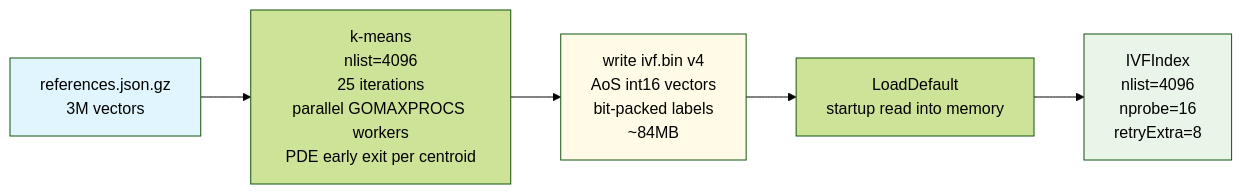
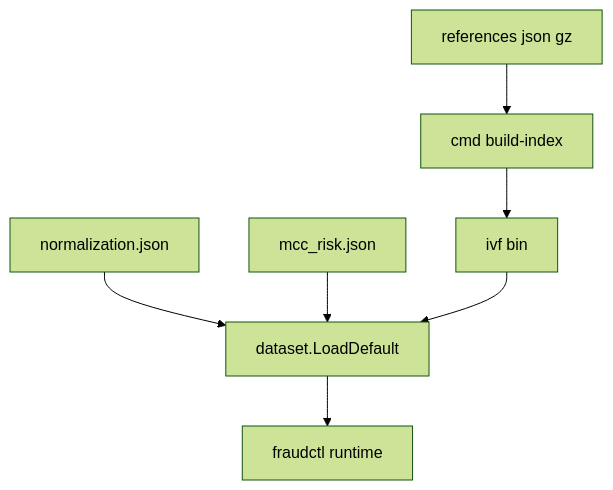
The third of 3 diagrams in docs/ARCHITECTURE.md (fabianoflorentino/fraudctl), drawn with Mermaid (forest theme) before and after one commit. The commit also changed other lines of this file and 5 other files, not shown here.

Commit message:
docs: align API and detection docs with current runtime

````diff
--- a/docs/ARCHITECTURE.md
+++ b/docs/ARCHITECTURE.md
@@ -52,11 +137,9 @@
 ```mermaid
-flowchart LR
-    G[references.json.gz\n3M vectors] --> KM[k-means\nnlist=4096\n25 iterations\nparallel GOMAXPROCS workers\nPDE early exit per centroid]
-    KM --> WR[write ivf.bin v4\nAoS int16 vectors\nbit-packed labels\n~84MB]
-    WR --> L[LoadDefault\nstartup read into memory]
-    L --> I[IVFIndex\nnlist=4096\nnprobe=16\nretryExtra=8]
-
-    style G fill:#e1f5fe,color:#000000
-    style WR fill:#fffbe6,color:#000000
-    style I fill:#e8f5e8,color:#000000
+flowchart TD
+    R[references json gz] --> B[cmd build-index]
+    B --> I[ivf bin]
+    N[normalization.json] --> D[dataset.LoadDefault]
+    M[mcc_risk.json] --> D
+    I --> D
+    D --> API[fraudctl runtime]
 ```
````
